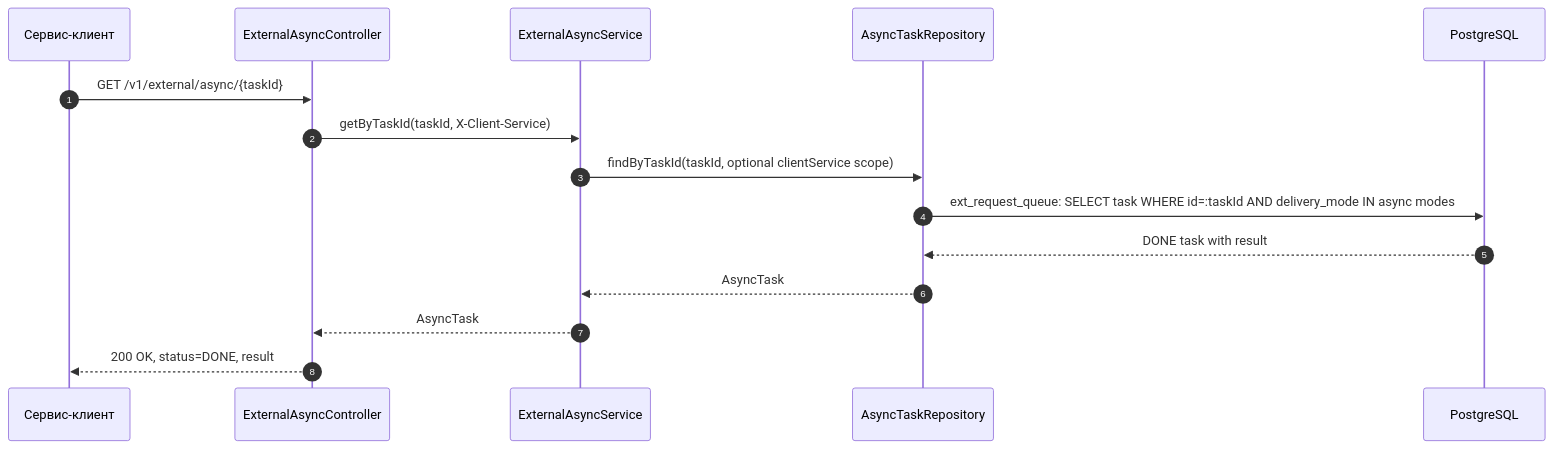
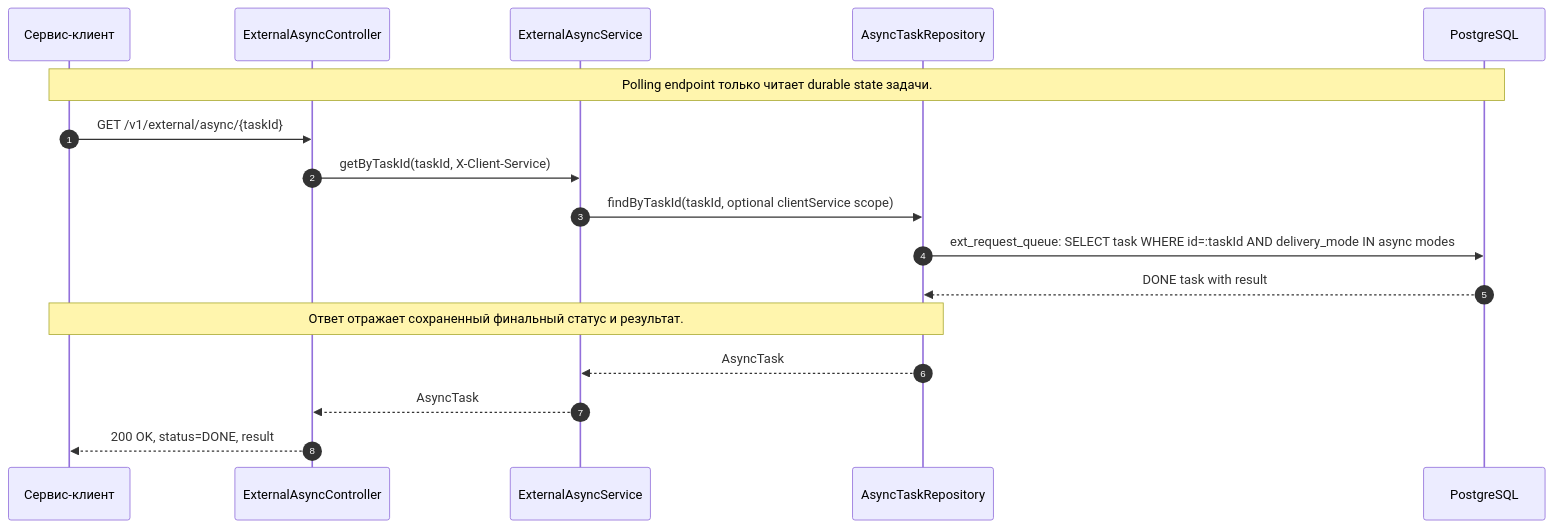
One commit to DenisVanin4402/TestQwenCli changed the ninth of 12 diagrams in docs/external-service-gateway/architecture/06-sequence-async.md. Above: the diagram before and after it, drawn with Mermaid. The commit also changed other lines of this file and 2 other files, not shown here.

Commit message:
диаграммы обновлены детализацией sequence

````diff
--- a/docs/external-service-gateway/architecture/06-sequence-async.md
+++ b/docs/external-service-gateway/architecture/06-sequence-async.md
@@ -291,18 +497,20 @@
 ```mermaid
 sequenceDiagram
     autonumber
     participant Client as Сервис-клиент
     participant API as ExternalAsyncController
     participant Service as ExternalAsyncService
     participant Repo as AsyncTaskRepository
     participant DB as PostgreSQL
 
+    Note over Client,DB: Polling endpoint только читает durable state задачи.
     Client->>API: GET /v1/external/async/{taskId}
     API->>Service: getByTaskId(taskId, X-Client-Service)
     Service->>Repo: findByTaskId(taskId, optional clientService scope)
     Repo->>DB: ext_request_queue: SELECT task WHERE id=:taskId AND delivery_mode IN async modes
     DB-->>Repo: DONE task with result
+    Note over Repo,Client: Ответ отражает сохраненный финальный статус и результат.
     Repo-->>Service: AsyncTask
     Service-->>API: AsyncTask
     API-->>Client: 200 OK, status=DONE, result
 ```
````
